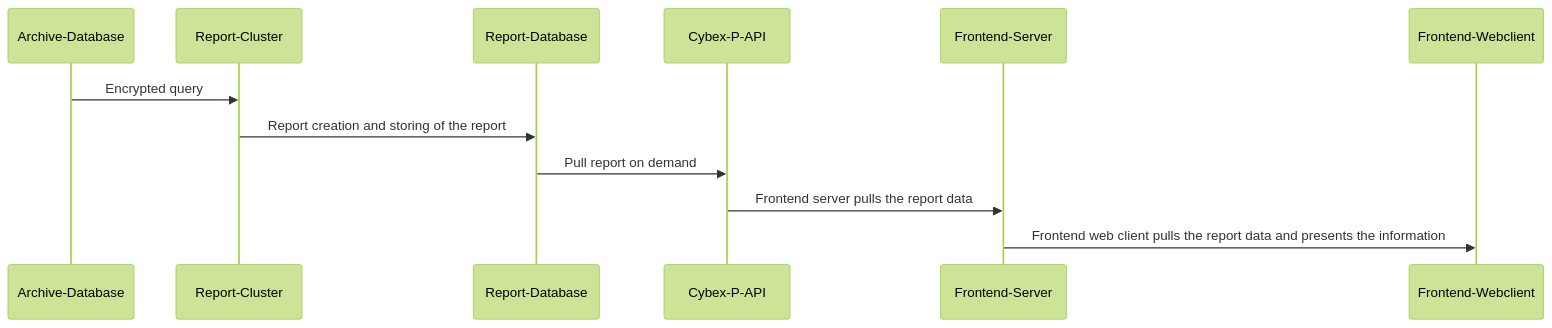
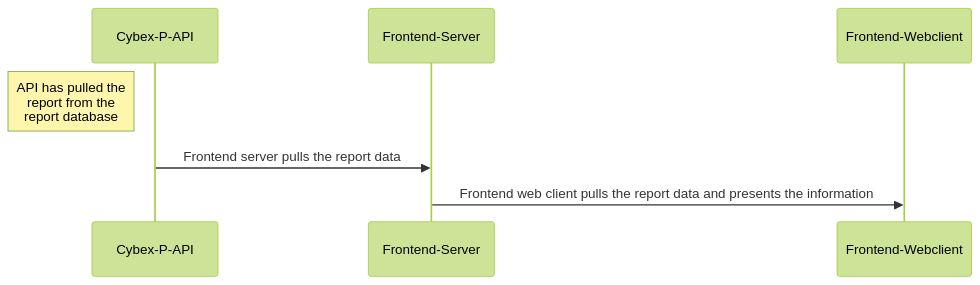
One commit to CYBEX-P/cybex changed the second of 2 diagrams in Markdown and openAPI/Cybex-P Report Module.md. Above: the diagram before and after it, drawn with Mermaid (forest theme). The commit also changed other lines of this file and 7 other files, not shown here.

Commit message:
All module documents updated ver 1.0.1, swagger docs updated with schema content, installation guide needs to be finished

````diff
--- a/Markdown and openAPI/Cybex-P Report Module.md
+++ b/Markdown and openAPI/Cybex-P Report Module.md
@@ -10,9 +19,6 @@
 ```mermaid
 sequenceDiagram
-Archive-Database->> Report-Cluster: Encrypted query
-Report-Cluster->> Report-Database: Report creation and storing of the report
-Report-Database->> Cybex-P-API: Pull report on demand
+Note Left of Cybex-P-API: API has pulled the<br>report from the<br> report database
 Cybex-P-API->> Frontend-Server: Frontend server pulls the report data
 Frontend-Server->> Frontend-Webclient: Frontend web client pulls the report data and presents the information 
-
 ```
````
